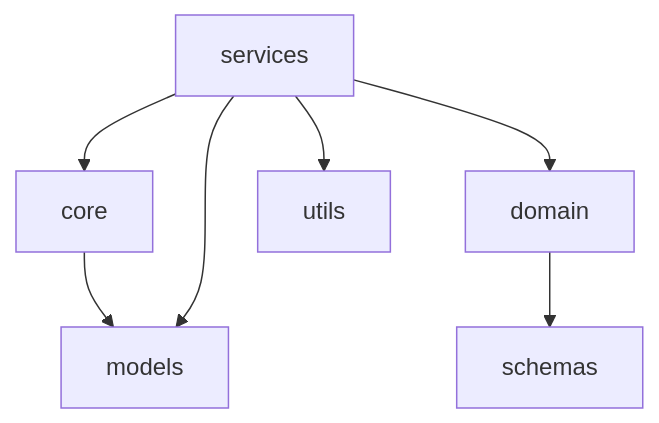
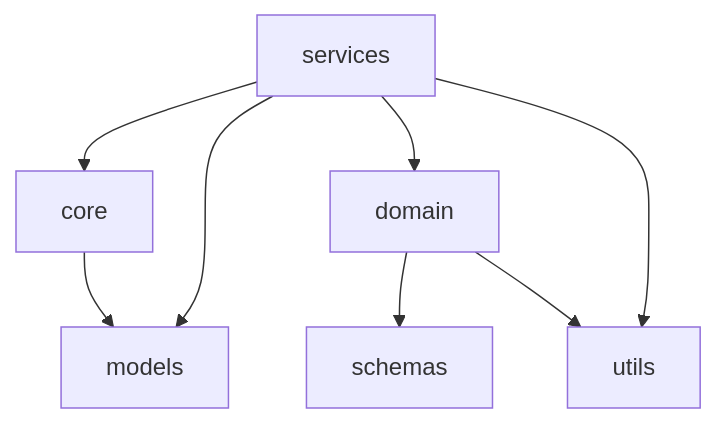
Before and after one commit to chams-eddine/predaiot-platform: the diagram in backend/docs/ARCHITECTURE.md, drawn with Mermaid. The commit also changed other lines of this file and 4 other files, not shown here.

````diff
--- a/backend/docs/ARCHITECTURE.md
+++ b/backend/docs/ARCHITECTURE.md
@@ -7,9 +7,10 @@
 ```mermaid
 graph TD
     core --> models
     domain --> schemas
+    domain --> utils
     services --> core
     services --> domain
     services --> models
     services --> utils
 ```
````
